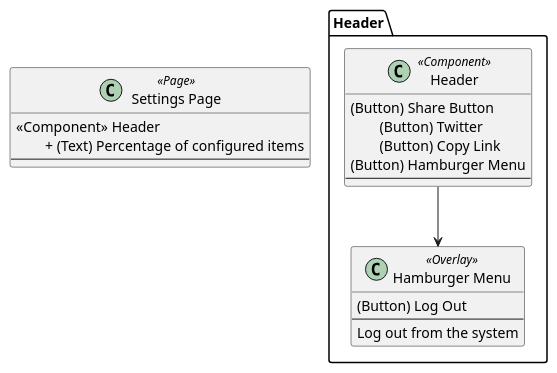
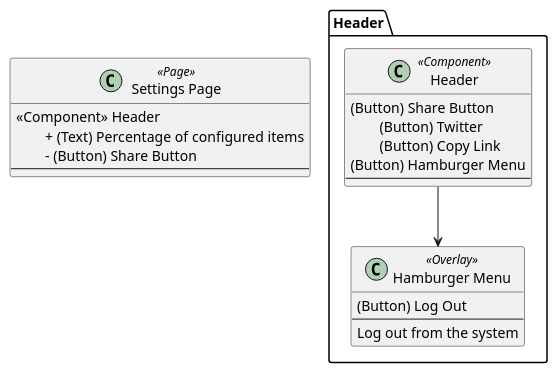
Before and after one commit to hansuoi/ucod: the second of 5 diagrams in docs/ucod-design-guide.ja.md, drawn with PlantUML. The commit also changed other lines of this file and 5 other files, not shown here.

````diff
--- a/docs/ucod-design-guide.ja.md
+++ b/docs/ucod-design-guide.ja.md
@@ -42,25 +44,26 @@
 ```plantuml
 package "Header" as HeaderPackage {
   class "Header" as HeaderClass <<Component>> {
     (Button) Share Button
       \t(Button) Twitter
       \t(Button) Copy Link
     (Button) Hamburger Menu
     ---
   }
 
   class "Hamburger Menu" <<Overlay>> {
     (Button) Log Out
     ---
     Log out from the system
   }
 }
 
 class "Settings Page" <<Page>> {
   <<Component>> Header
     \t+ (Text) Percentage of configured items
+    \t- (Button) Share Button
   ---
 }
 
 "HeaderClass" --> "Hamburger Menu"
 ```
````
